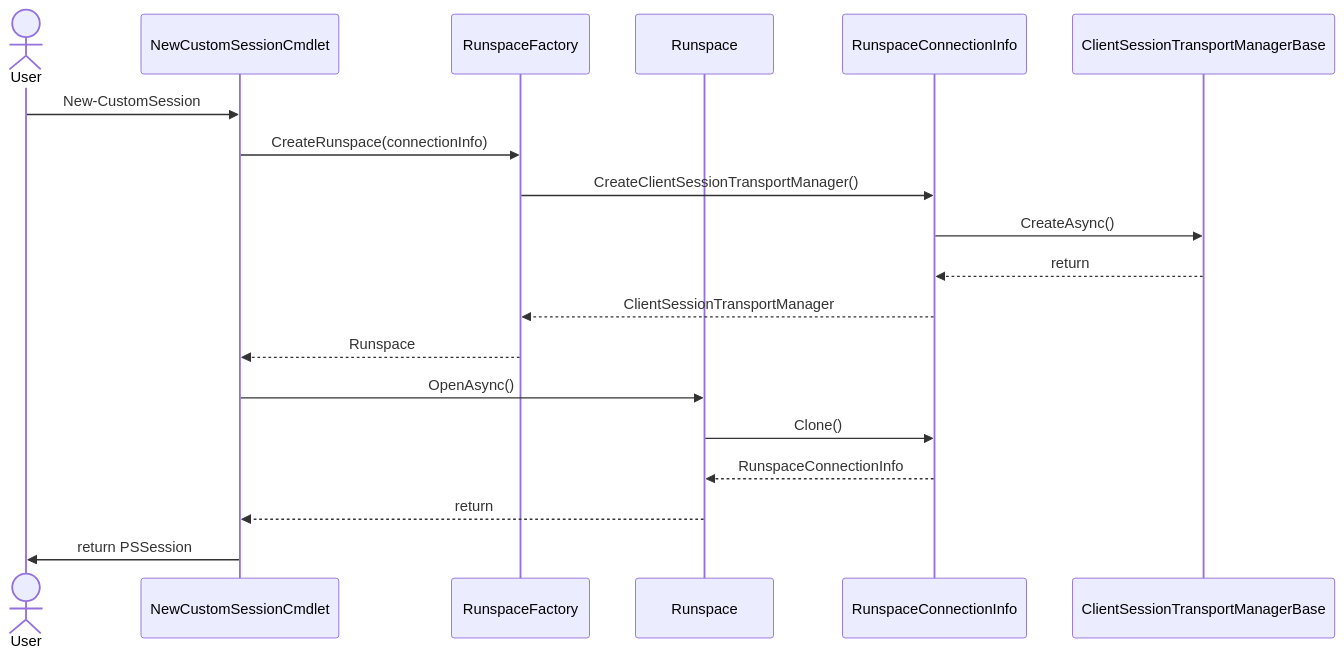
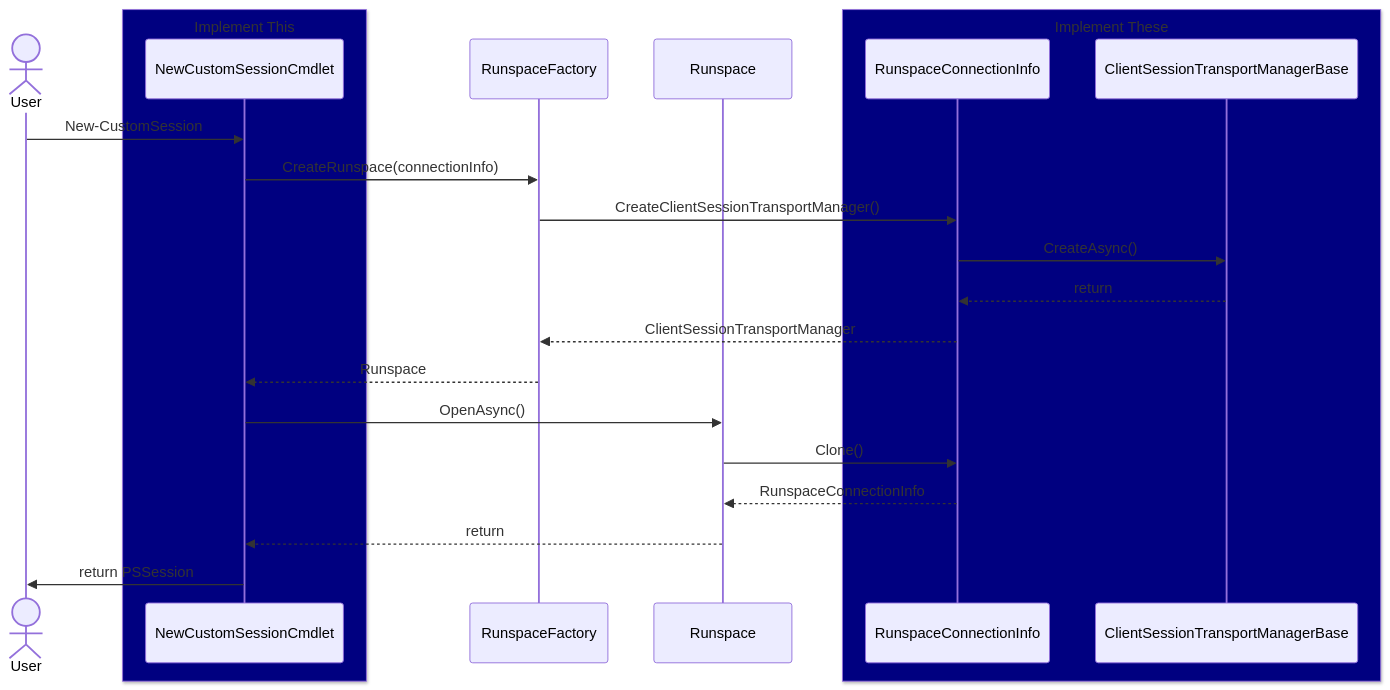
Before and after one commit to JustinGrote/PoshAnywhere: the diagram in README.MD, drawn with Mermaid. The commit also changed other lines of this file and 4 other files, not shown here.

````diff
--- a/README.MD
+++ b/README.MD
@@ -43,21 +45,25 @@
 ```mermaid
 sequenceDiagram
   actor A as User
+  box Navy Implement This
   participant C as NewCustomSessionCmdlet
+  end
   participant F as RunspaceFactory
   participant R as Runspace
+  box Navy Implement These
   participant I as RunspaceConnectionInfo
   participant T as ClientSessionTransportManagerBase
+  end
   A->>C: New-CustomSession
   C->>F: CreateRunspace(connectionInfo)
   F->>I: CreateClientSessionTransportManager()
   I->>T: CreateAsync()
   T-->>I: return
   I-->>F: ClientSessionTransportManager
   F-->>C: Runspace
   C->>R: OpenAsync()
   R->>I: Clone()
   I-->>R: RunspaceConnectionInfo
   R-->>C: return
   C->>A: return PSSession
 ```
````
